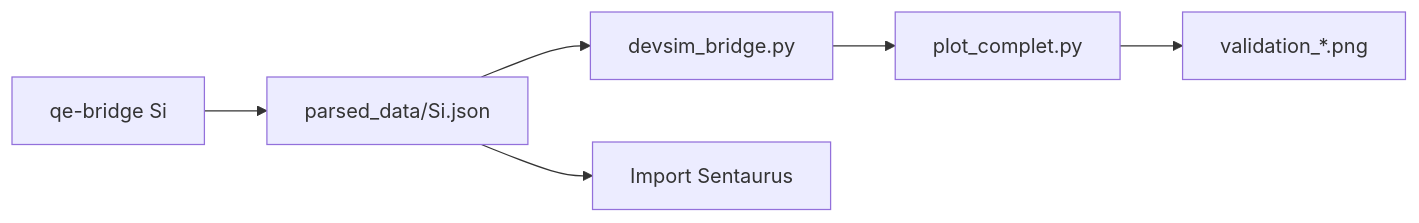
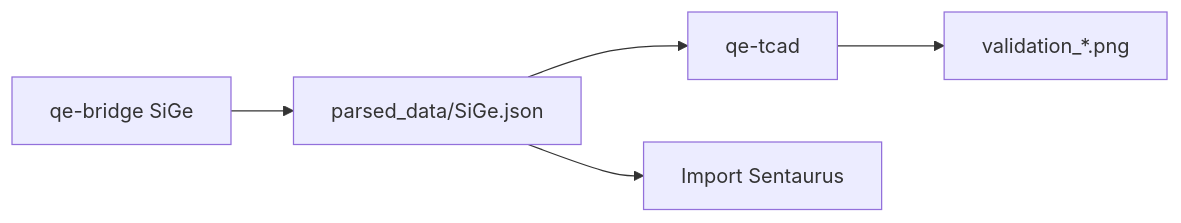
The diagram in docs/tcad-integration.md (lauryne-ai/site_tcad), drawn with Mermaid before and after one commit. The commit also changed other lines of this file and 18 other files, not shown here.

Commit message:
Document qe-plot, qe-tcad, PyPI/Docker and secure MP_API_KEY

````diff
--- a/docs/tcad-integration.md
+++ b/docs/tcad-integration.md
@@ -81,8 +84,7 @@
 ```mermaid
 flowchart LR
-    QE[qe-bridge Si] --> JSON[parsed_data/Si.json]
-    JSON --> Bridge[devsim_bridge.py]
-    Bridge --> Sim[plot_complet.py]
+    QE[qe-bridge SiGe] --> JSON[parsed_data/SiGe.json]
+    JSON --> Sim[qe-tcad]
     Sim --> Valid[validation_*.png]
     JSON --> Sentaurus[Import Sentaurus]
 ```
````
